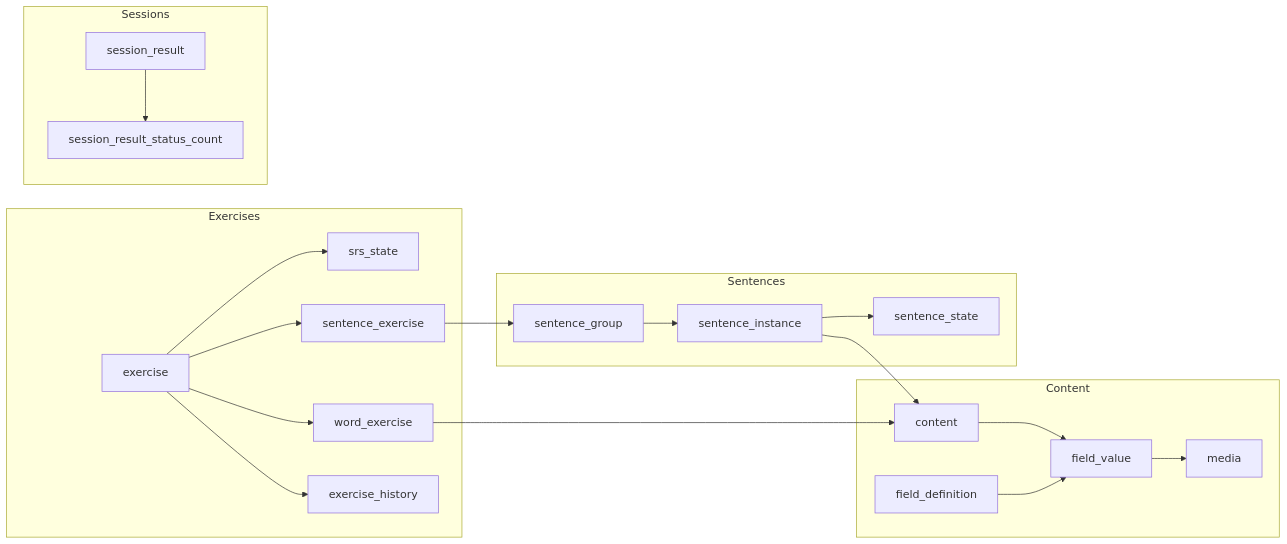
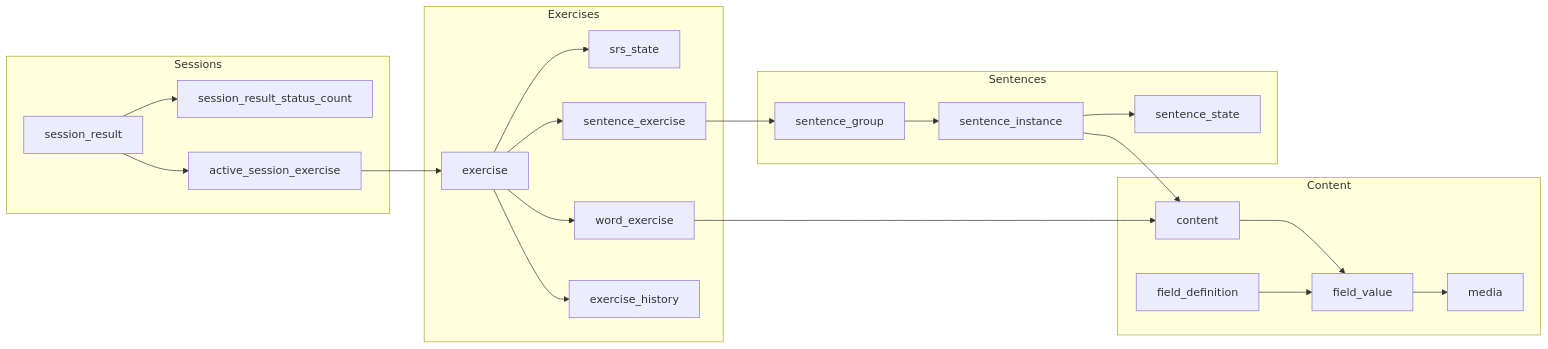
Before and after one commit to Antoine-Lagache/psitta: the first of 5 diagrams in docs/architecture/persistence_layer/database.md, drawn with Mermaid. The commit also changed other lines of this file and 6 other files, not shown here.

Commit message:
Update architecture documentation

````diff
--- a/docs/architecture/persistence_layer/database.md
+++ b/docs/architecture/persistence_layer/database.md
@@ -23,47 +23,50 @@
 ```mermaid
 flowchart LR
 
     subgraph Exercises
         EXERCISE["exercise"]
         SRS["srs_state"]
         WORD["word_exercise"]
         SENTENCE_EX["sentence_exercise"]
         HISTORY["exercise_history"]
 
         EXERCISE --> SRS
         EXERCISE --> WORD
         EXERCISE --> SENTENCE_EX
         EXERCISE --> HISTORY
     end
 
     subgraph Content
         CONTENT["content"]
         VALUES["field_value"]
         DEFINITION["field_definition"]
         MEDIA["media"]
 
         CONTENT --> VALUES
         DEFINITION --> VALUES
         VALUES --> MEDIA
     end
 
     subgraph Sentences
         GROUP["sentence_group"]
         INSTANCE["sentence_instance"]
         STATE["sentence_state"]
 
         GROUP --> INSTANCE
         INSTANCE --> STATE
     end
 
     subgraph Sessions
         RESULT["session_result"]
         COUNTS["session_result_status_count"]
+        ACTIVE["active_session_exercise"]
 
         RESULT --> COUNTS
+        RESULT --> ACTIVE
     end
 
     WORD --> CONTENT
     SENTENCE_EX --> GROUP
     INSTANCE --> CONTENT
+    ACTIVE --> EXERCISE
 ```
````
